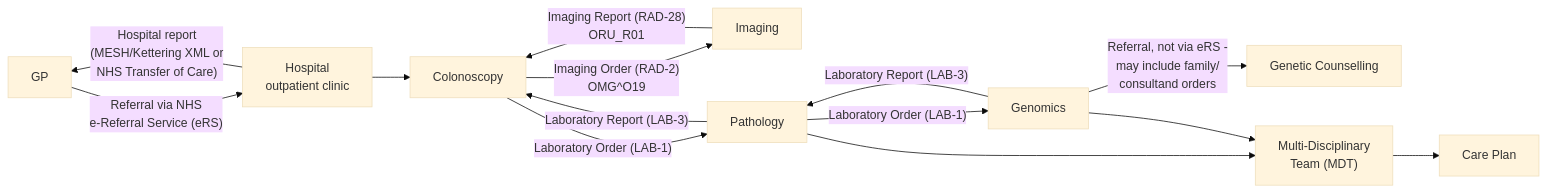
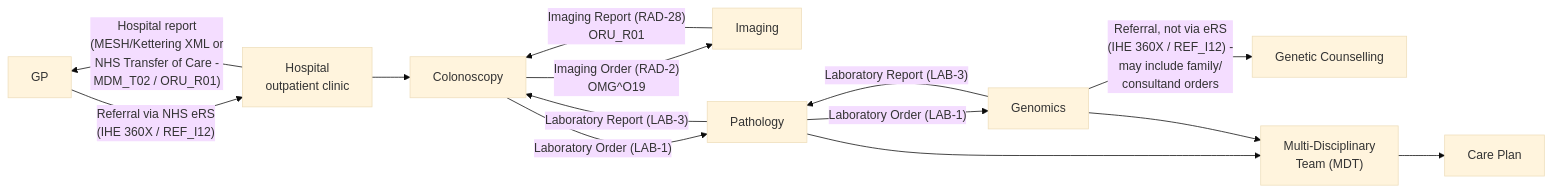
Before and after one commit to nw-gmsa/nw-gmsa.github.com: the third of 5 diagrams in input/pagecontent/CancerNOS.md, drawn with Mermaid (base theme). The commit also changed other lines of this file, not shown here.

Commit message:
Annotate referrals with IHE 360X / HL7 v2 REF_I12; discharge reports MDM_T02/ORU_R01
The GP referral and the Genomics-to-Genetic-Counselling referral are
both linked to IHE 360X and HL7 v2 REF_I12. Discharge summaries and
hospital reports sent via MESH/Kettering XML or NHS Transfer of Care
often use HL7 v2 MDM_T02 or ORU_R01.

Claude-Session: https://claude.ai/code/session_01FaJZPo5x3UCuWmUi5yyXAB

````diff
--- a/input/pagecontent/CancerNOS.md
+++ b/input/pagecontent/CancerNOS.md
@@ -105,16 +105,16 @@
 ```mermaid
 flowchart LR
-    GP["GP"] -->|"Referral via NHS<br/>e-Referral Service (eRS)"| Hosp["Hospital<br/>outpatient clinic"]
-    Hosp -->|"Hospital report<br/>(MESH/Kettering XML or<br/>NHS Transfer of Care)"| GP
+    GP["GP"] -->|"Referral via NHS eRS<br/>(IHE 360X / REF_I12)"| Hosp["Hospital<br/>outpatient clinic"]
+    Hosp -->|"Hospital report<br/>(MESH/Kettering XML or<br/>NHS Transfer of Care -<br/>MDM_T02 / ORU_R01)"| GP
     Hosp --> Colo["Colonoscopy"]
     Colo -->|"Imaging Order (RAD-2)<br/>OMG^O19"| Img["Imaging"]
     Img -->|"Imaging Report (RAD-28)<br/>ORU_R01"| Colo
     Colo -->|"Laboratory Order (LAB-1)"| Path["Pathology"]
     Path -->|"Laboratory Report (LAB-3)"| Colo
     Path -->|"Laboratory Order (LAB-1)"| Gen["Genomics"]
     Gen -->|"Laboratory Report (LAB-3)"| Path
-    Gen -->|"Referral, not via eRS -<br/>may include family/<br/>consultand orders"| Couns["Genetic Counselling"]
+    Gen -->|"Referral, not via eRS<br/>(IHE 360X / REF_I12) -<br/>may include family/<br/>consultand orders"| Couns["Genetic Counselling"]
     Path --> MDT["Multi-Disciplinary<br/>Team (MDT)"]
     Gen --> MDT
     MDT --> Plan["Care Plan"]
 ```
````
